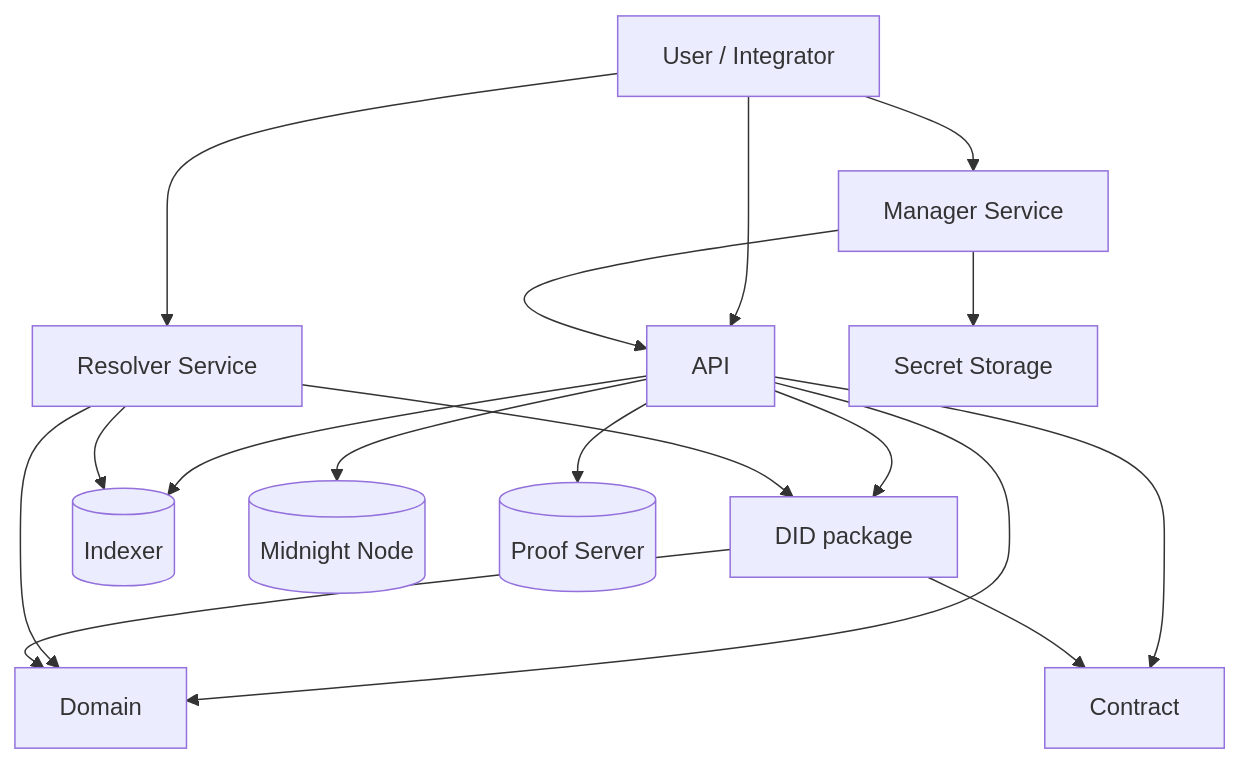
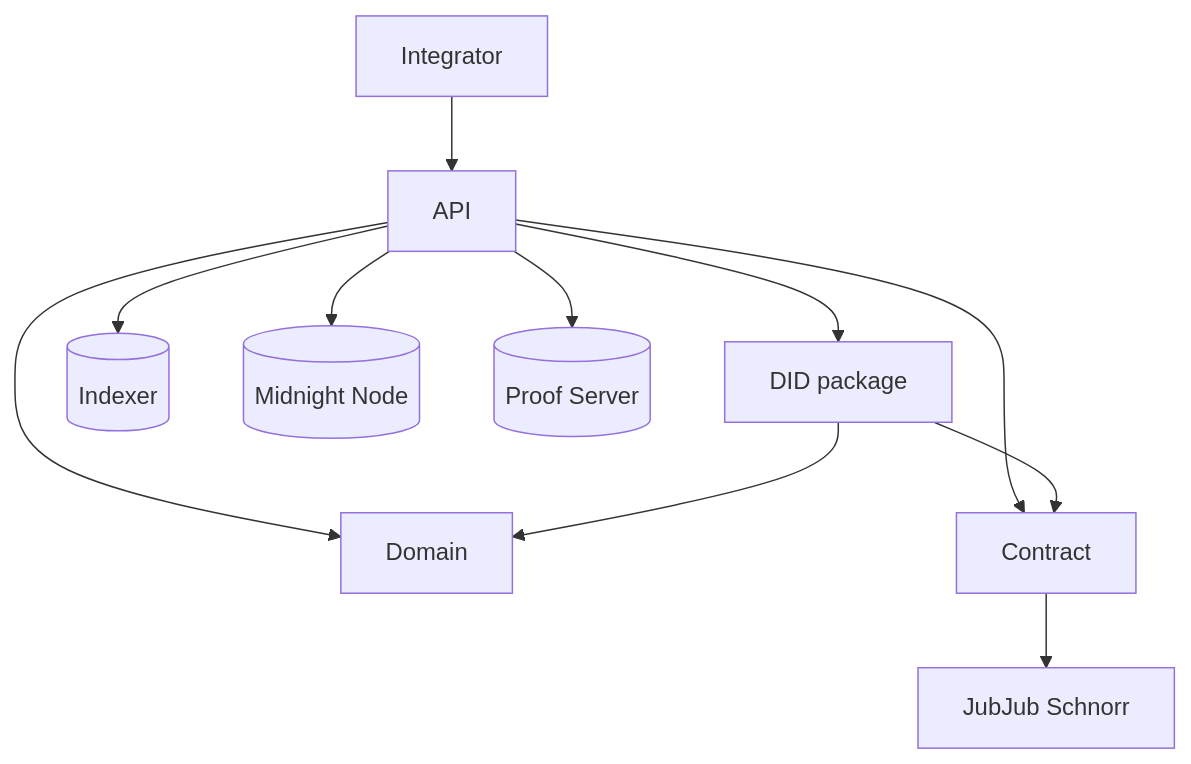
The first of 2 diagrams in README.md (midnightntwrk/midnight-did), drawn with Mermaid before and after one commit. The commit also changed other lines of this file and 156 other files, not shown here.

````diff
--- a/README.md
+++ b/README.md
@@ -22,37 +22,23 @@
 ```mermaid
 graph TD
-  U[User / Integrator]
-
+  U[Integrator]
   API[API]
-  ResolverSvc[Resolver Service]
-  ManagerSvc[Manager Service]
   DidPkg[DID package]
   Domain[Domain]
   Contract[Contract]
-  Secrets[Secret Storage]
-
+  Schnorr[JubJub Schnorr]
   Indexer[(Indexer)]
   Node[(Midnight Node)]
   Proof[(Proof Server)]
 
   U --> API
-  U --> ResolverSvc
-  U --> ManagerSvc
-
   API --> DidPkg
   API --> Domain
   API --> Contract
-
-  ResolverSvc --> DidPkg
-  ResolverSvc --> Domain
-  ManagerSvc --> API
-  ManagerSvc --> Secrets
-
+  Contract --> Schnorr
   DidPkg --> Domain
   DidPkg --> Contract
-
   API --> Indexer
   API --> Node
   API --> Proof
-  ResolverSvc --> Indexer
 ```
````
